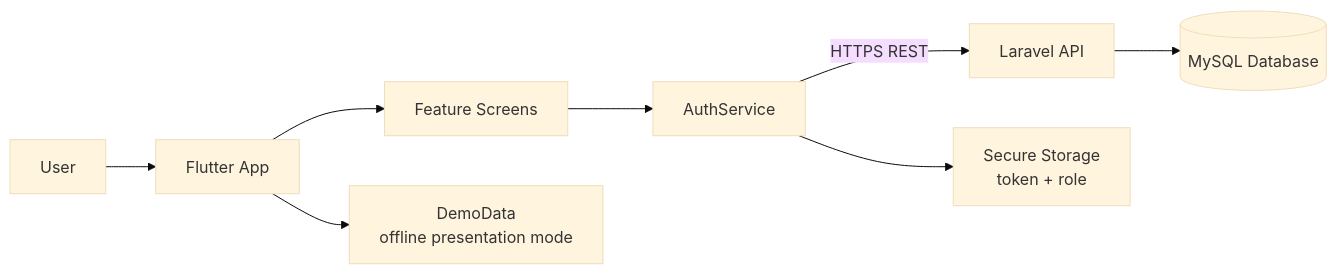
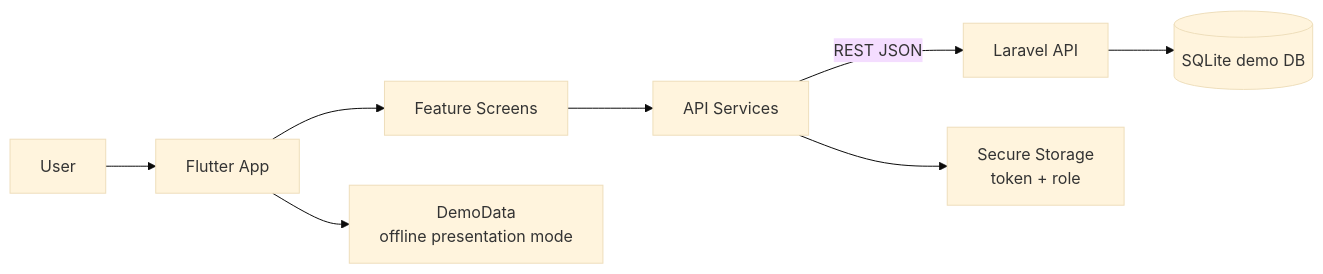
Before and after one commit to yassminahajji06/mon_pfapp: the diagram in README.md, drawn with Mermaid (base theme). The commit also changed other lines of this file and 89 other files, not shown here.

Commit message:
Add demo production backend flow

````diff
--- a/README.md
+++ b/README.md
@@ -50,10 +51,10 @@
 ```mermaid
 flowchart LR
   U["User"] --> A["Flutter App"]
   A --> B["Feature Screens"]
-  B --> C["AuthService"]
-  C -->|HTTPS REST| D["Laravel API"]
-  D --> E[("MySQL Database")]
+  B --> C["API Services"]
+  C -->|REST JSON| D["Laravel API"]
+  D --> E[("SQLite demo DB")]
   C --> F["Secure Storage<br/>token + role"]
   A --> G["DemoData<br/>offline presentation mode"]
 ```
````
